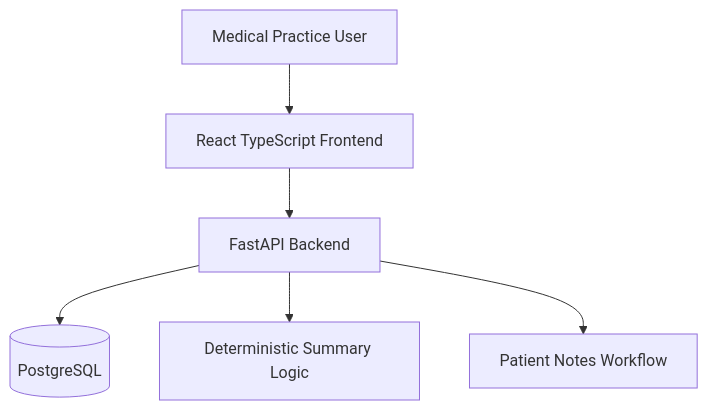
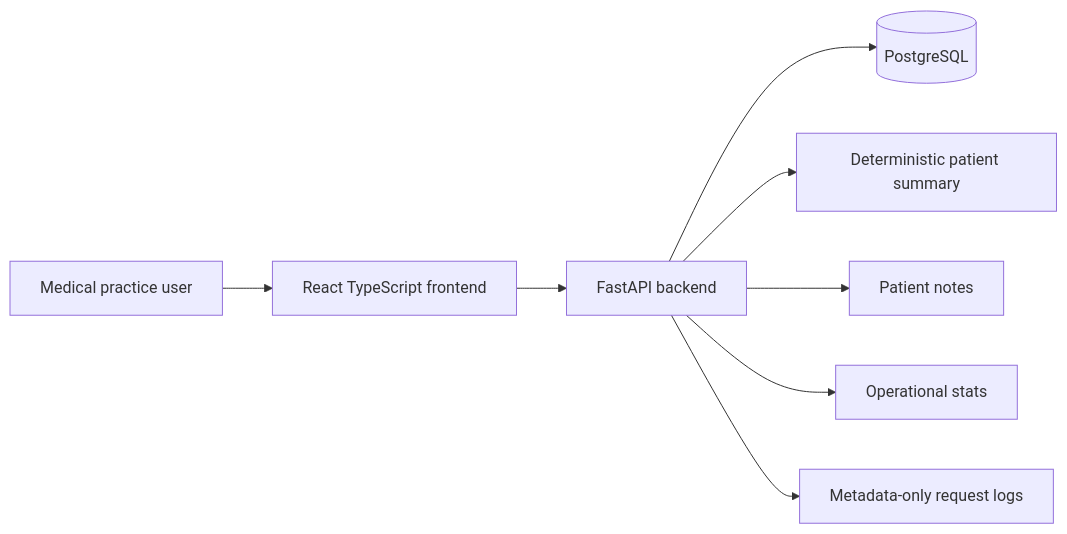
Before and after one commit to ngavelek/ascertain-healthcare-dashboard: the first of 4 diagrams in docs/ARCHITECTURE_TIMELINE.md, drawn with Mermaid. The commit also changed other lines of this file, not shown here.

First line of the commit message:
Revise architecture timeline for healthcare dashboard

````diff
--- a/docs/ARCHITECTURE_TIMELINE.md
+++ b/docs/ARCHITECTURE_TIMELINE.md
@@ -22,8 +7,10 @@
 ```mermaid
-flowchart TD
-  User[Medical Practice User] --> Web[React TypeScript Frontend]
-  Web --> API[FastAPI Backend]
-  API --> DB[(PostgreSQL)]
-  API --> Summary[Deterministic Summary Logic]
-  API --> Notes[Patient Notes Workflow]
+flowchart LR
+    User["Medical practice user"] --> Web["React TypeScript frontend"]
+    Web --> API["FastAPI backend"]
+    API --> DB[("PostgreSQL")]
+    API --> Summary["Deterministic patient summary"]
+    API --> Notes["Patient notes"]
+    API --> Stats["Operational stats"]
+    API --> Logs["Metadata-only request logs"]
 ```
````
